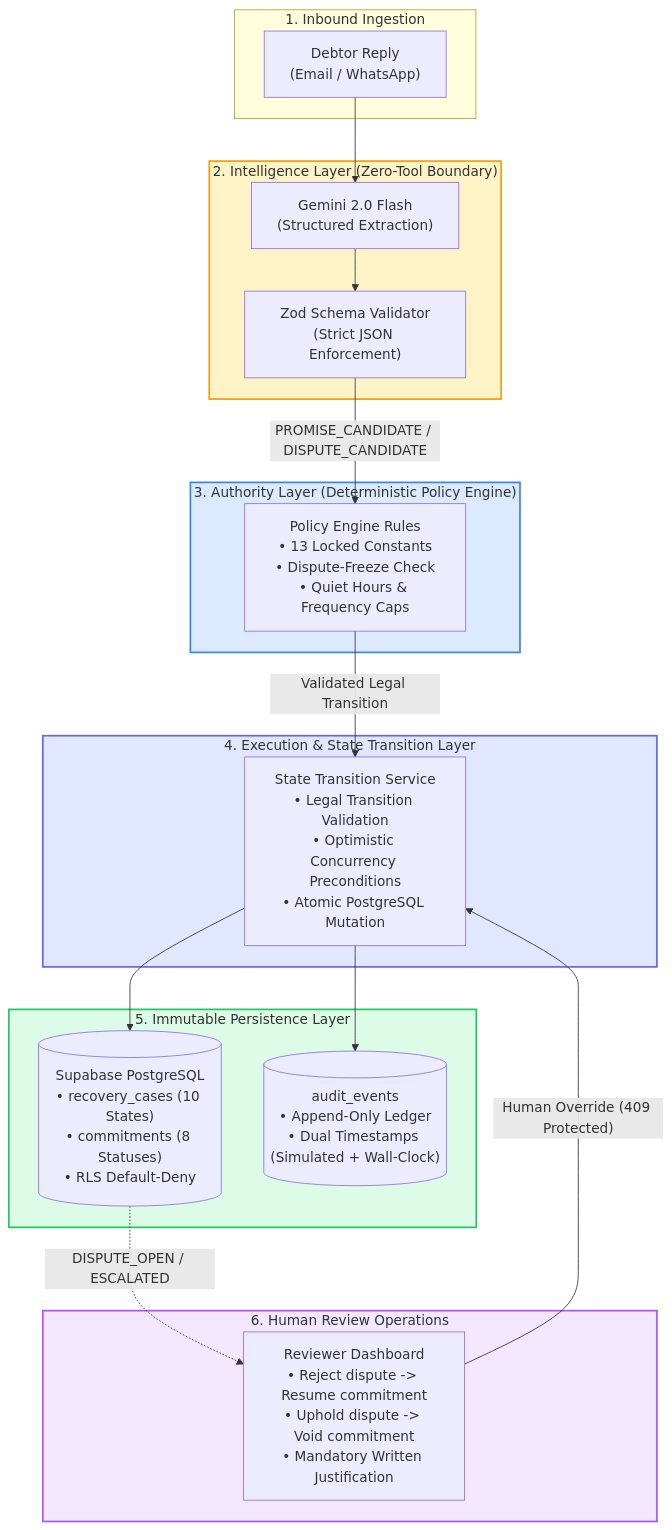
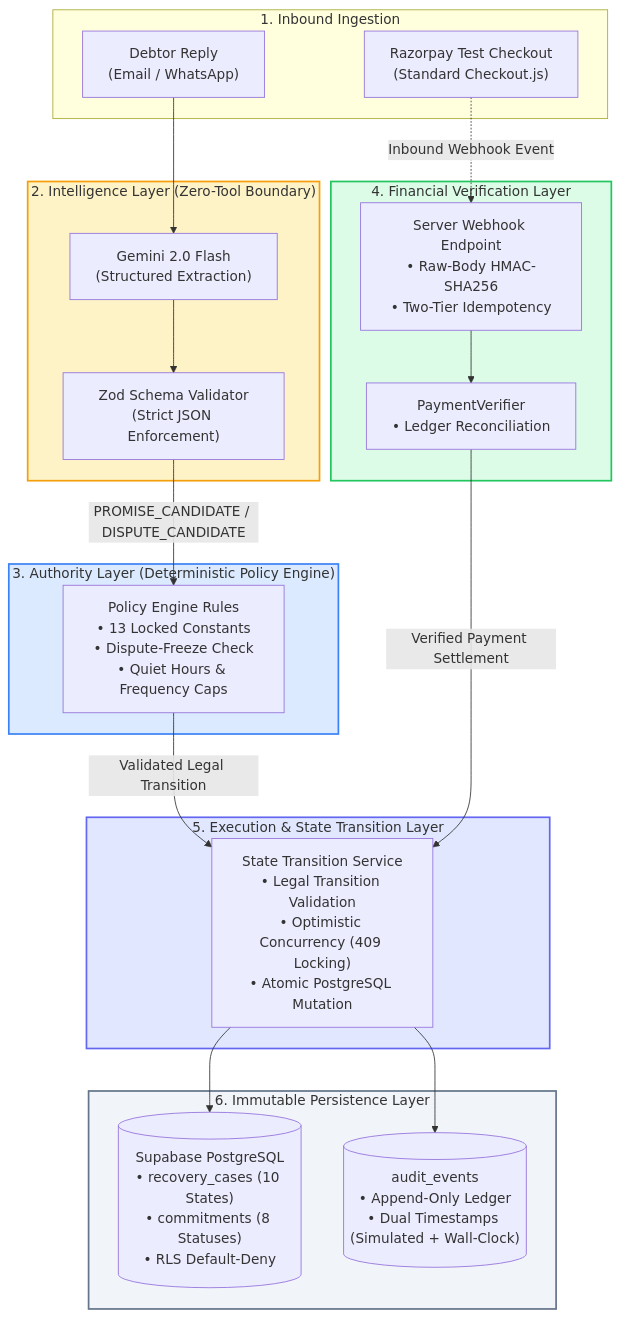
The first of 2 diagrams in README.md (Dakshx07/Recoup), drawn with Mermaid before and after one commit. The commit also changed other lines of this file and 14 other files, not shown here.

Commit message:
feat: implement Razorpay payment integration with automated webhook verification, idempotency handling, and invoice reconciliation

````diff
--- a/README.md
+++ b/README.md
@@ -40,43 +29,48 @@
 ```mermaid
 flowchart TD
     subgraph Channel ["1. Inbound Ingestion"]
         Inbound["Debtor Reply<br/>(Email / WhatsApp)"]
+        RazorpayCheckout["Razorpay Test Checkout<br/>(Standard Checkout.js)"]
     end
 
     subgraph LLM_Boundary ["2. Intelligence Layer (Zero-Tool Boundary)"]
         Parser["Gemini 2.0 Flash<br/>(Structured Extraction)"]
         Zod["Zod Schema Validator<br/>(Strict JSON Enforcement)"]
     end
 
     subgraph Policy_Layer ["3. Authority Layer (Deterministic Policy Engine)"]
         Policy["Policy Engine Rules<br/>• 13 Locked Constants<br/>• Dispute-Freeze Check<br/>• Quiet Hours & Frequency Caps"]
     end
 
-    subgraph State_Layer ["4. Execution & State Transition Layer"]
-        Writer["State Transition Service<br/>• Legal Transition Validation<br/>• Optimistic Concurrency Preconditions<br/>• Atomic PostgreSQL Mutation"]
+    subgraph Payment_Layer ["4. Financial Verification Layer"]
+        Webhook["Server Webhook Endpoint<br/>• Raw-Body HMAC-SHA256<br/>• Two-Tier Idempotency"]
+        Verifier["PaymentVerifier<br/>• Ledger Reconciliation"]
     end
 
-    subgraph Storage ["5. Immutable Persistence Layer"]
+    subgraph State_Layer ["5. Execution & State Transition Layer"]
+        Writer["State Transition Service<br/>• Legal Transition Validation<br/>• Optimistic Concurrency (409 Locking)<br/>• Atomic PostgreSQL Mutation"]
+    end
+
+    subgraph Storage ["6. Immutable Persistence Layer"]
         DB[("Supabase PostgreSQL<br/>• recovery_cases (10 States)<br/>• commitments (8 Statuses)<br/>• RLS Default-Deny")]
         Audit[("audit_events<br/>• Append-Only Ledger<br/>• Dual Timestamps (Simulated + Wall-Clock)")]
-    end
-
-    subgraph Human ["6. Human Review Operations"]
-        Reviewer["Reviewer Dashboard<br/>• Reject dispute -> Resume commitment<br/>• Uphold dispute -> Void commitment<br/>• Mandatory Written Justification"]
     end
 
     Inbound --> Parser
     Parser --> Zod
     Zod -->|"PROMISE_CANDIDATE / DISPUTE_CANDIDATE"| Policy
     Policy -->|"Validated Legal Transition"| Writer
+
+    RazorpayCheckout -.->|"Inbound Webhook Event"| Webhook
+    Webhook --> Verifier
+    Verifier -->|"Verified Payment Settlement"| Writer
+
     Writer --> DB
     Writer --> Audit
-    DB -.->|"DISPUTE_OPEN / ESCALATED"| Reviewer
-    Reviewer -->|"Human Override (409 Protected)"| Writer
 
     style LLM_Boundary fill:#fef3c7,stroke:#f59e0b,stroke-width:2px
     style Policy_Layer fill:#dbeafe,stroke:#3b82f6,stroke-width:2px
+    style Payment_Layer fill:#dcfce7,stroke:#22c55e,stroke-width:2px
     style State_Layer fill:#e0e7ff,stroke:#6366f1,stroke-width:2px
-    style Storage fill:#dcfce7,stroke:#22c55e,stroke-width:2px
-    style Human fill:#f3e8ff,stroke:#a855f7,stroke-width:2px
+    style Storage fill:#f1f5f9,stroke:#64748b,stroke-width:2px
 ```
````
